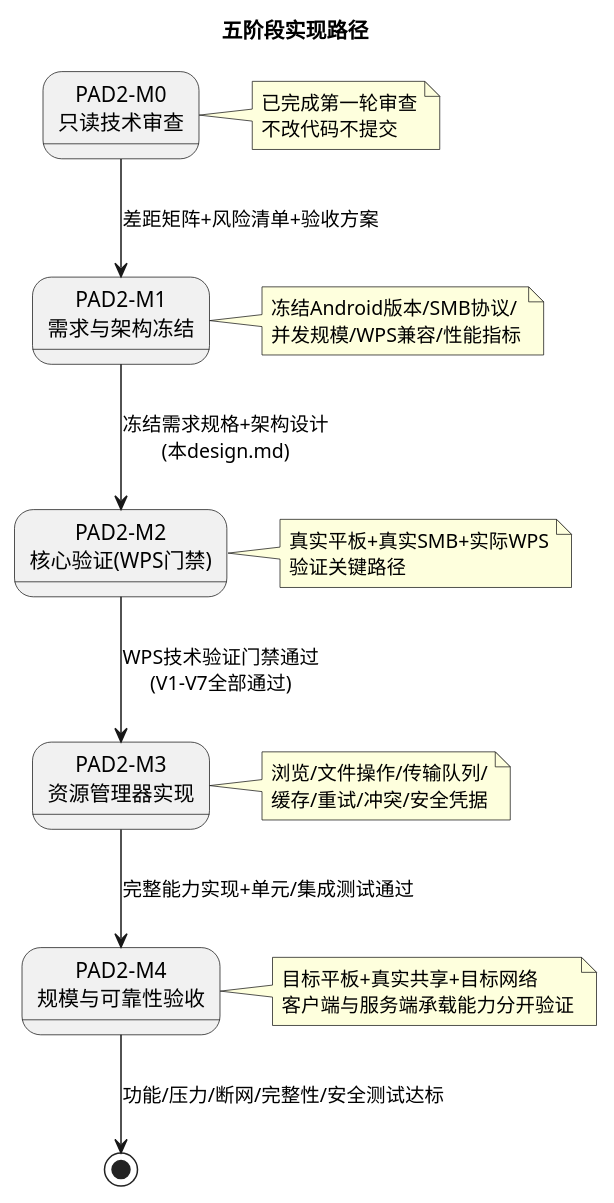
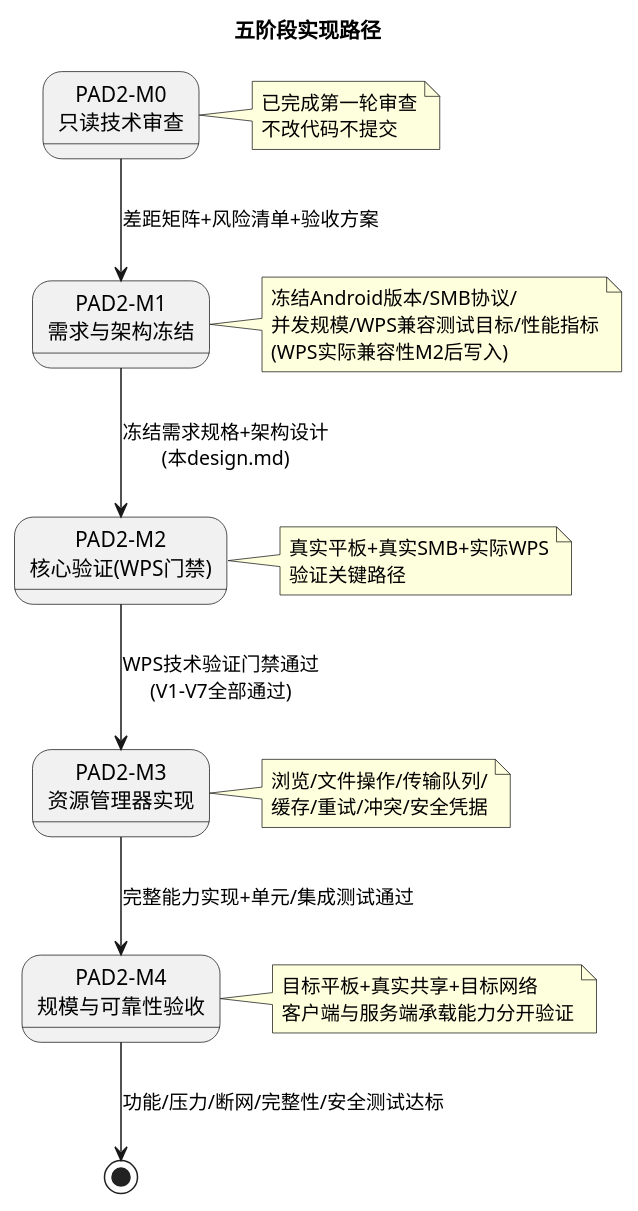
Diagram 12 of 12 in docs/specs/design.md (wujupeng/andriodpad2), drawn with PlantUML before and after one commit. The commit also changed other lines of this file and 2 other files, not shown here.

````diff
--- a/docs/specs/design.md
+++ b/docs/specs/design.md
@@ -1301,24 +1367,24 @@
 ```plantuml
 @startuml
 title 五阶段实现路径
 
 state "PAD2-M0\n只读技术审查" as M0
 state "PAD2-M1\n需求与架构冻结" as M1
 state "PAD2-M2\n核心验证(WPS门禁)" as M2
 state "PAD2-M3\n资源管理器实现" as M3
 state "PAD2-M4\n规模与可靠性验收" as M4
 
 M0 --> M1 : 差距矩阵+风险清单+验收方案
 M1 --> M2 : 冻结需求规格+架构设计\n(本design.md)
 M2 --> M3 : WPS技术验证门禁通过\n(V1-V7全部通过)
 M3 --> M4 : 完整能力实现+单元/集成测试通过
 M4 --> [*] : 功能/压力/断网/完整性/安全测试达标
 
 note right of M0 : 已完成第一轮审查\n不改代码不提交
-note right of M1 : 冻结Android版本/SMB协议/\n并发规模/WPS兼容/性能指标
+note right of M1 : 冻结Android版本/SMB协议/\n并发规模/WPS兼容测试目标/性能指标\n(WPS实际兼容性M2后写入)
 note right of M2 : 真实平板+真实SMB+实际WPS\n验证关键路径
 note right of M3 : 浏览/文件操作/传输队列/\n缓存/重试/冲突/安全凭据
 note right of M4 : 目标平板+真实共享+目标网络\n客户端与服务端承载能力分开验证
 
 @enduml
 ```
````
